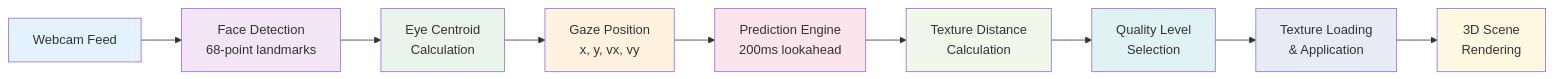
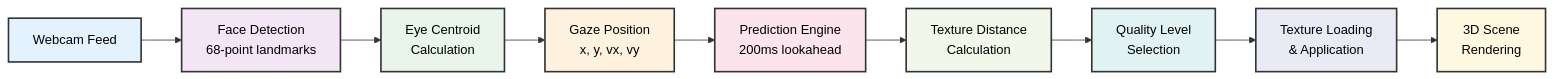
One commit to prithviir4j/gaze-texture-enhancement changed the second of 3 diagrams in README.md. Above: the diagram before and after it, drawn with Mermaid. The commit also changed other lines of this file, not shown here.

````diff
--- a/README.md
+++ b/README.md
@@ -99,21 +102,21 @@
 ```mermaid
 graph LR
     A[Webcam Feed] --> B[Face Detection<br/>68-point landmarks]
     B --> C[Eye Centroid<br/>Calculation]
     C --> D[Gaze Position<br/>x, y, vx, vy]
     D --> E[Prediction Engine<br/>200ms lookahead]
     E --> F[Texture Distance<br/>Calculation]
     F --> G[Quality Level<br/>Selection]
     G --> H[Texture Loading<br/>& Application]
     H --> I[3D Scene<br/>Rendering]
     
-    style A fill:#e3f2fd
-    style B fill:#f3e5f5
-    style C fill:#e8f5e8
-    style D fill:#fff3e0
-    style E fill:#fce4ec
-    style F fill:#f1f8e9
-    style G fill:#e0f2f1
-    style H fill:#e8eaf6
-    style I fill:#fff8e1
+    style A fill:#e3f2fd,stroke:#333,stroke-width:2px,color:#000
+    style B fill:#f3e5f5,stroke:#333,stroke-width:2px,color:#000
+    style C fill:#e8f5e8,stroke:#333,stroke-width:2px,color:#000
+    style D fill:#fff3e0,stroke:#333,stroke-width:2px,color:#000
+    style E fill:#fce4ec,stroke:#333,stroke-width:2px,color:#000
+    style F fill:#f1f8e9,stroke:#333,stroke-width:2px,color:#000
+    style G fill:#e0f2f1,stroke:#333,stroke-width:2px,color:#000
+    style H fill:#e8eaf6,stroke:#333,stroke-width:2px,color:#000
+    style I fill:#fff8e1,stroke:#333,stroke-width:2px,color:#000
 ```
````
